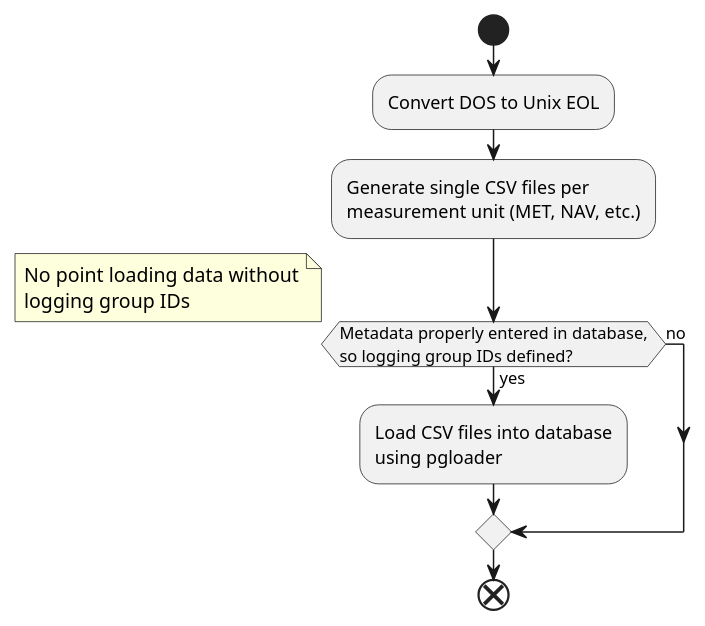
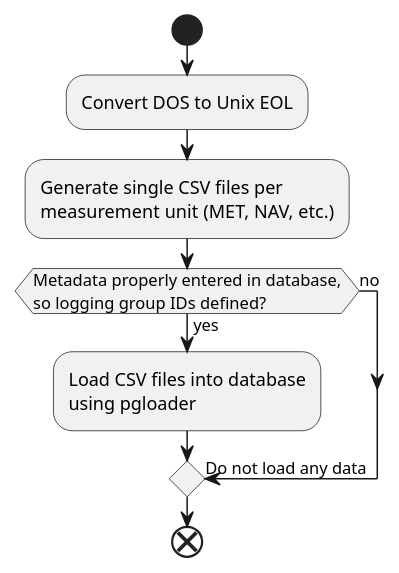
One commit to UofM-CEOS/Database changed the diagram in dbload_procedure.org. Above: the diagram before and after it, drawn with PlantUML.

Commit message:
Simplify database loading process diagram.

```diff
--- a/dbload_procedure.org
+++ b/dbload_procedure.org
@@ -5,17 +5,14 @@
 #+BEGIN_SRC plantuml :file dbload_procedure.png
   start
   :Convert DOS to Unix EOL;
   :Generate single CSV files per
   measurement unit (MET, NAV, etc.);
   if (Metadata properly entered in database,
   so logging group IDs defined?) then (yes)
   :Load CSV files into database
   using pgloader;
   else (no)
-  note right
-  No point loading data without
-  logging group IDs
-  end note
+  -> Do not load any data;
   endif
   end
 #+END_SRC
```
